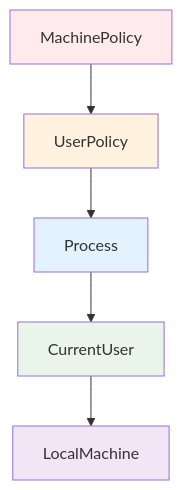
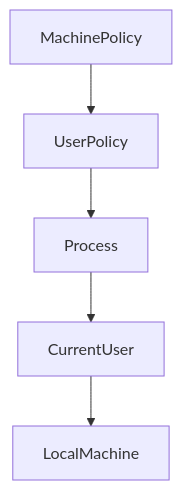
The third of 3 diagrams in 02 - Configurer son environnement de travail.md (maxime-rolland/COURS_POWERSHELL), drawn with Mermaid before and after one commit. The commit also changed other lines of this file, not shown here.

````diff
--- a/02 - Configurer son environnement de travail.md
+++ b/02 - Configurer son environnement de travail.md
@@ -202,13 +202,8 @@
 ```mermaid
 graph TB
     A[MachinePolicy] --> B[UserPolicy]
     B --> C[Process]
     C --> D[CurrentUser]
     D --> E[LocalMachine]
     
-    style A fill:#ffebee
-    style B fill:#fff3e0
-    style C fill:#e3f2fd
-    style D fill:#e8f5e8
-    style E fill:#f3e5f5
 ```
````
